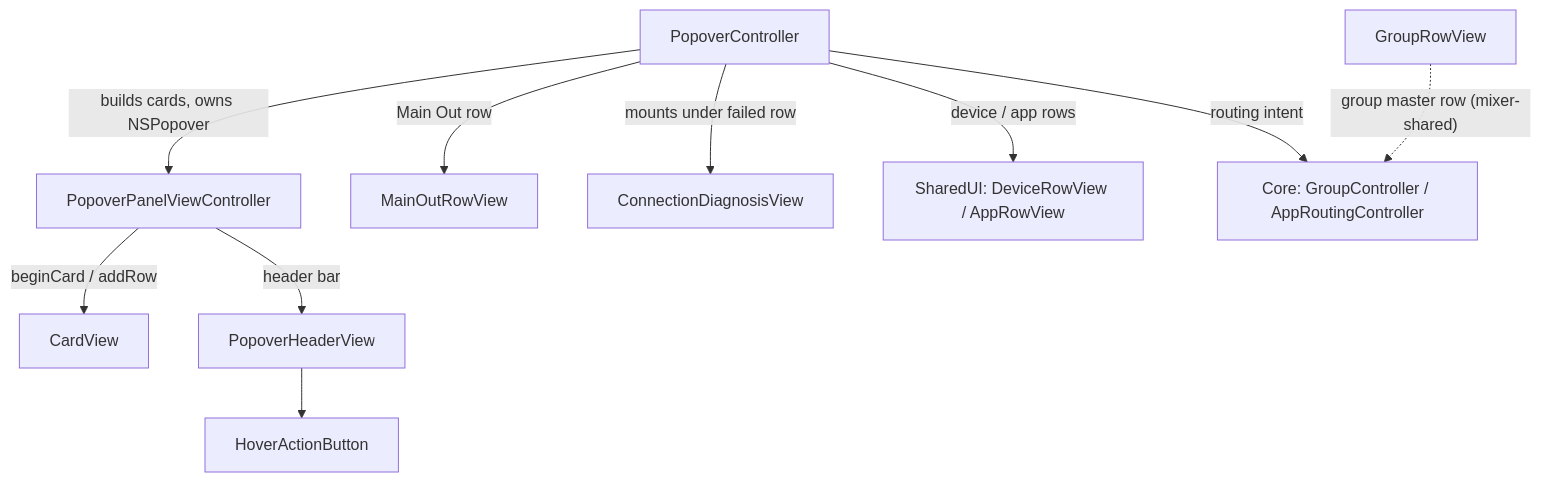
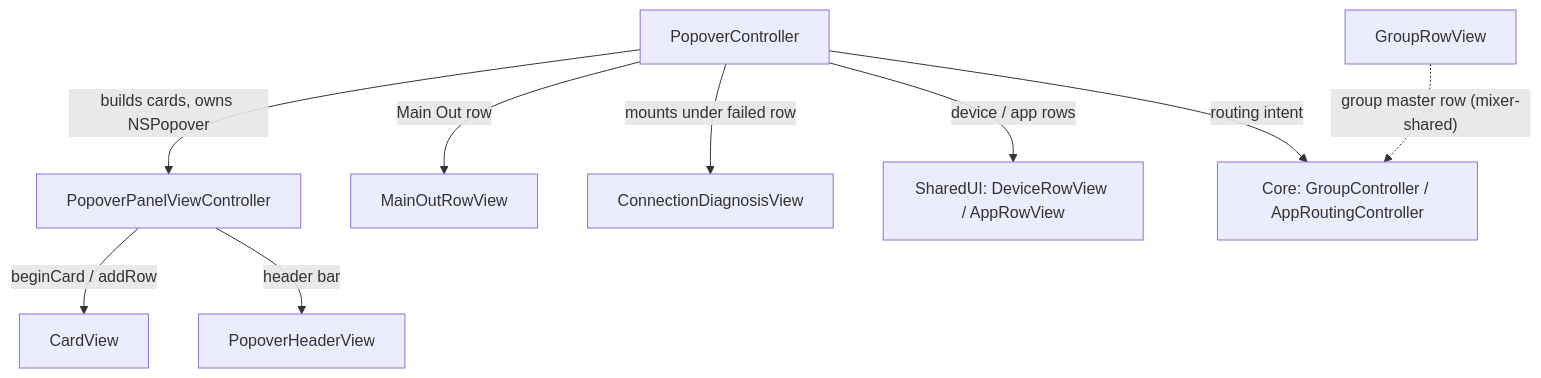
One commit to aa-hh/Audiout changed the diagram in AirPlayControllerCore/Sources/AirPlayControllerPopoverUI/AGENTS.md. Above: the diagram before and after it, drawn with Mermaid. The commit also changed other lines of this file and 9 other files, not shown here.

````diff
--- a/AirPlayControllerCore/Sources/AirPlayControllerPopoverUI/AGENTS.md
+++ b/AirPlayControllerCore/Sources/AirPlayControllerPopoverUI/AGENTS.md
@@ -54,12 +54,11 @@
 ```mermaid
 flowchart TD
     PopoverController -->|"builds cards, owns NSPopover"| PopoverPanelViewController
     PopoverPanelViewController -->|"beginCard / addRow"| CardView
     PopoverController -->|"Main Out row"| MainOutRowView
     PopoverController -->|"mounts under failed row"| ConnectionDiagnosisView
     PopoverPanelViewController -->|"header bar"| PopoverHeaderView
     PopoverController -->|"device / app rows"| SharedUI["SharedUI: DeviceRowView / AppRowView"]
     PopoverController -->|"routing intent"| Core["Core: GroupController / AppRoutingController"]
-    PopoverHeaderView --> HoverActionButton
     GroupRowView -.->|"group master row (mixer-shared)"| Core
 ```
````
